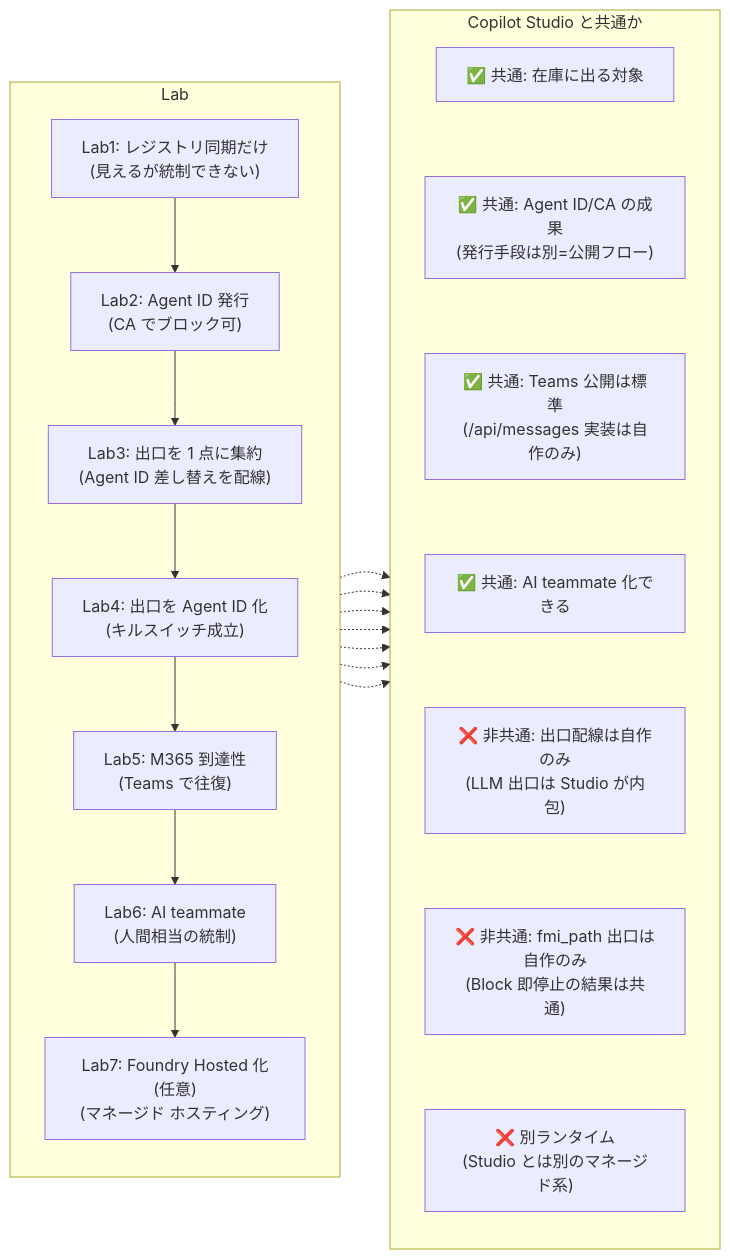
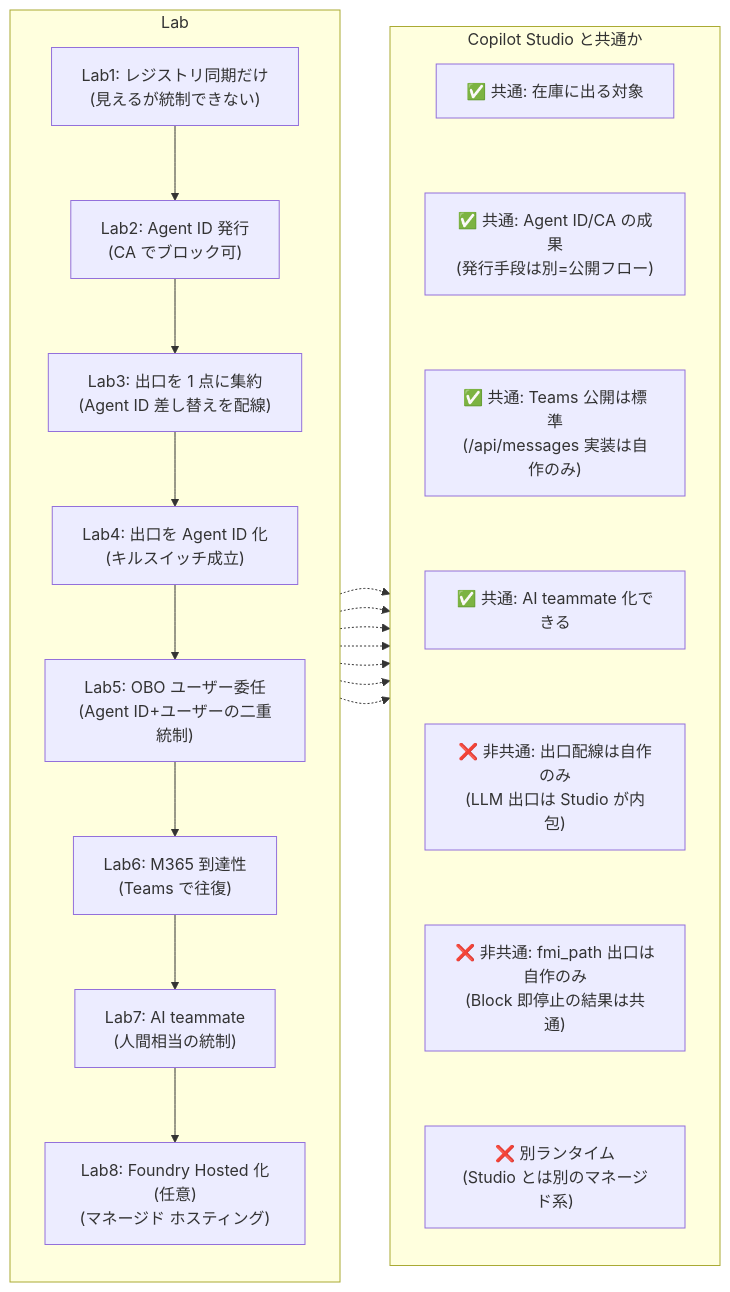
Before and after one commit to ketana0224/Agent365-Onboarding: the diagram in Handson/README.md, drawn with Mermaid. The commit also changed other lines of this file and 66 other files, not shown here.

Commit message:
docs: add agent_id_token.py spec for lab3; reorganize lab folders (lab5-8) and add OBO lab

````diff
--- a/Handson/README.md
+++ b/Handson/README.md
@@ -45,32 +45,33 @@
 ```mermaid
 flowchart LR
     subgraph S1["Lab"]
         direction TB
         Lab1["Lab1: レジストリ同期だけ<br/>(見えるが統制できない)"]
         Lab2["Lab2: Agent ID 発行<br/>(CA でブロック可)"]
         Lab3["Lab3: 出口を 1 点に集約<br/>(Agent ID 差し替えを配線)"]
         Lab4["Lab4: 出口を Agent ID 化<br/>(キルスイッチ成立)"]
-        Lab5["Lab5: M365 到達性<br/>(Teams で往復)"]
-        Lab6["Lab6: AI teammate<br/>(人間相当の統制)"]
-        Lab7["Lab7: Foundry Hosted 化(任意)<br/>(マネージド ホスティング)"]
-        Lab1 --> Lab2 --> Lab3 --> Lab4 --> Lab5 --> Lab6 --> Lab7
+        Lab5["Lab5: OBO ユーザー委任<br/>(Agent ID+ユーザーの二重統制)"]
+        Lab6["Lab6: M365 到達性<br/>(Teams で往復)"]
+        Lab7["Lab7: AI teammate<br/>(人間相当の統制)"]
+        Lab8["Lab8: Foundry Hosted 化(任意)<br/>(マネージド ホスティング)"]
+        Lab1 --> Lab2 --> Lab3 --> Lab4 --> Lab5 --> Lab6 --> Lab7 --> Lab8
     end
     subgraph S2["Copilot Studio と共通か"]
         direction TB
         C1["✅ 共通: 在庫に出る対象"]
         C2["✅ 共通: Agent ID/CA の成果<br/>(発行手段は別=公開フロー)"]
         C3["✅ 共通: Teams 公開は標準<br/>(/api/messages 実装は自作のみ)"]
         C4["✅ 共通: AI teammate 化できる"]
         C5["❌ 非共通: 出口配線は自作のみ<br/>(LLM 出口は Studio が内包)"]
         C6["❌ 非共通: fmi_path 出口は自作のみ<br/>(Block 即停止の結果は共通)"]
         C7["❌ 別ランタイム<br/>(Studio とは別のマネージド系)"]
         C1 ~~~ C2 ~~~ C3 ~~~ C4 ~~~ C5 ~~~ C6 ~~~ C7
     end
     Lab1 -.-> C1
     Lab2 -.-> C2
     Lab3 -.-> C5
     Lab4 -.-> C6
-    Lab5 -.-> C3
-    Lab6 -.-> C4
-    Lab7 -.-> C7
+    Lab6 -.-> C3
+    Lab7 -.-> C4
+    Lab8 -.-> C7
 ```
````
